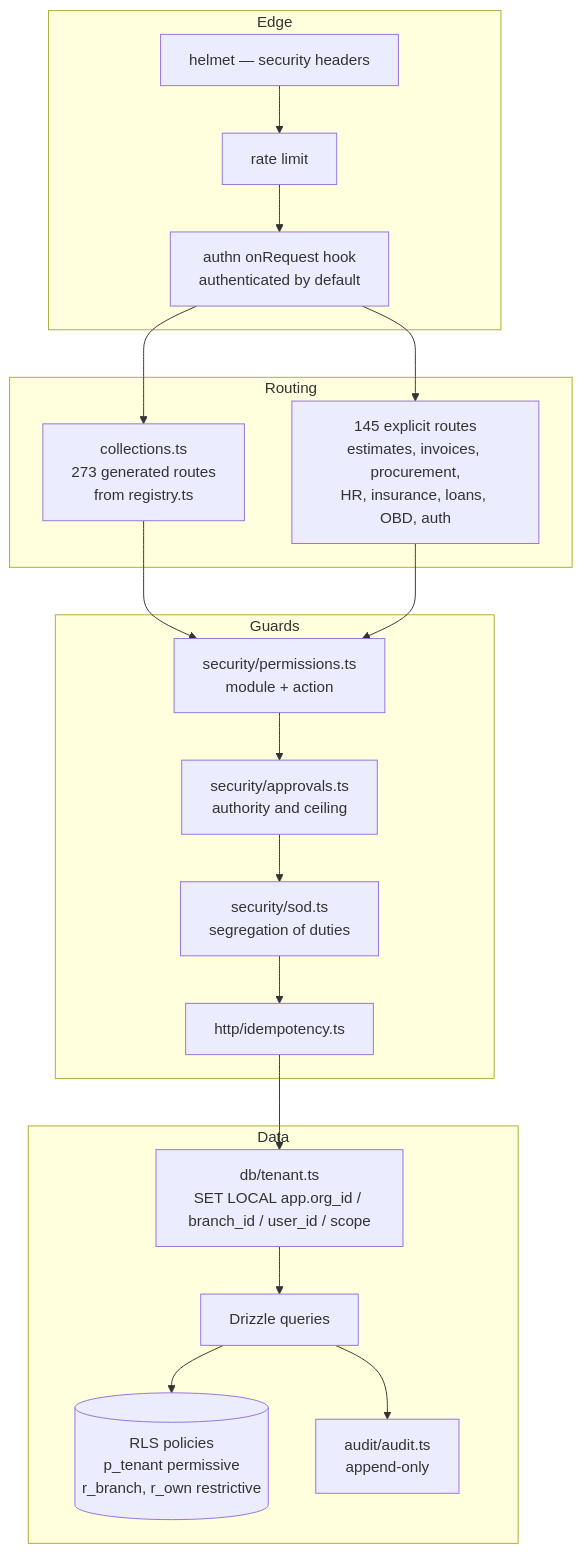
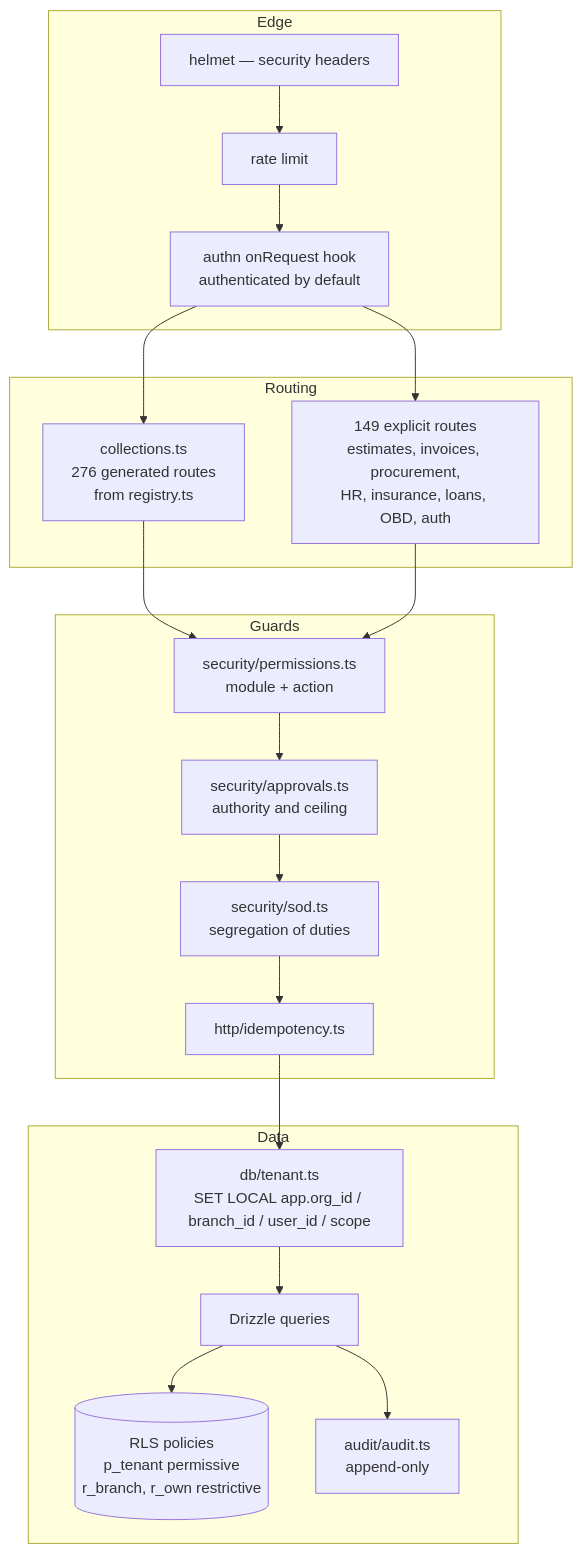
One commit to tazamohd/SlClNe changed the third of 4 diagrams in docs/15_C4_ARCHITECTURE_DIAGRAMS/C4_MODEL.md. Above: the diagram before and after it, drawn with Mermaid. The commit also changed other lines of this file and 66 other files, not shown here.

````diff
--- a/docs/15_C4_ARCHITECTURE_DIAGRAMS/C4_MODEL.md
+++ b/docs/15_C4_ARCHITECTURE_DIAGRAMS/C4_MODEL.md
@@ -60,29 +60,29 @@
 ```mermaid
 flowchart TB
   subgraph edge[Edge]
     helmet["helmet — security headers"]
     rl["rate limit"]
     authn["authn onRequest hook<br/>authenticated by default"]
   end
   subgraph routing[Routing]
-    generic["collections.ts<br/>273 generated routes<br/>from registry.ts"]
-    explicit["145 explicit routes<br/>estimates, invoices, procurement,<br/>HR, insurance, loans, OBD, auth"]
+    generic["collections.ts<br/>276 generated routes<br/>from registry.ts"]
+    explicit["149 explicit routes<br/>estimates, invoices, procurement,<br/>HR, insurance, loans, OBD, auth"]
   end
   subgraph guards[Guards]
     perms["security/permissions.ts<br/>module + action"]
     approvals["security/approvals.ts<br/>authority and ceiling"]
     sod["security/sod.ts<br/>segregation of duties"]
     idem["http/idempotency.ts"]
   end
   subgraph data[Data]
     tenant["db/tenant.ts<br/>SET LOCAL app.org_id / branch_id / user_id / scope"]
     drizzle["Drizzle queries"]
     rls[("RLS policies<br/>p_tenant permissive<br/>r_branch, r_own restrictive")]
     audit["audit/audit.ts<br/>append-only"]
   end
   helmet --> rl --> authn --> generic
   authn --> explicit
   generic --> perms
   explicit --> perms --> approvals --> sod --> idem --> tenant --> drizzle --> rls
   drizzle --> audit
 ```
````
